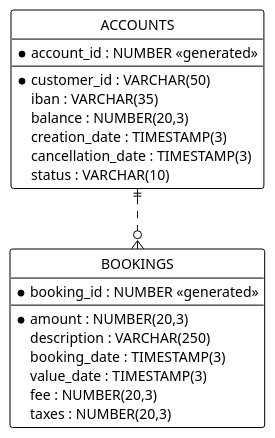
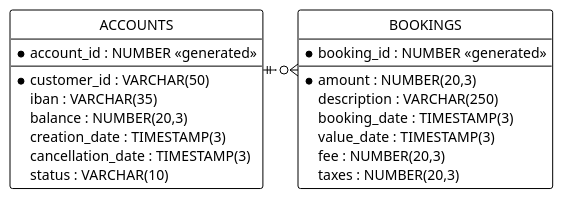
The diagram in doc/data-definition-core-banking.puml (scalvetr/costomer-single-view), drawn with PlantUML before and after one commit. The commit also changed 2 other files, not shown here.

```diff
--- a/doc/data-definition-core-banking.puml
+++ b/doc/data-definition-core-banking.puml
@@ -1,41 +1,42 @@
 @startuml
 
 ' hide the spot
 hide circle
 
 ' avoid problems with angled crows feet
 skinparam linetype ortho
 
 <style>
 classDiagram {
   BackGroundColor white
   LineThickness 1
   LineColor black
 }
 </style>
 
 entity "ACCOUNTS" as accounts {
 * account_id : NUMBER <<generated>>
 ---
 * customer_id : VARCHAR(50)
 iban : VARCHAR(35)
 balance : NUMBER(20,3)
 creation_date : TIMESTAMP(3)
 cancellation_date : TIMESTAMP(3)
 status : VARCHAR(10)
 }
 
 entity "BOOKINGS" as bookings {
 * booking_id : NUMBER <<generated>>
 ---
 * amount : NUMBER(20,3)
 description : VARCHAR(250)
 booking_date : TIMESTAMP(3)
 value_date : TIMESTAMP(3)
 fee : NUMBER(20,3)
 taxes : NUMBER(20,3)
 }
 
 accounts ||..o{ bookings
+accounts -r[hidden]-> bookings
 
 @enduml
```
